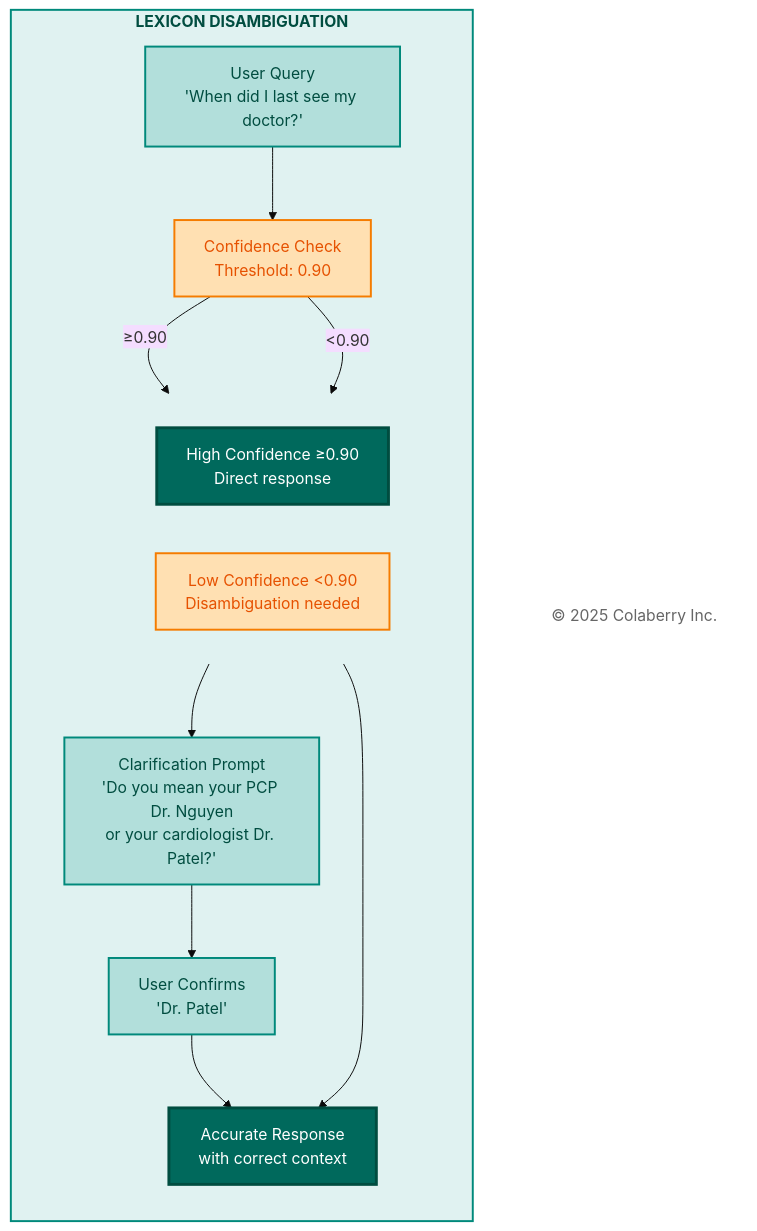
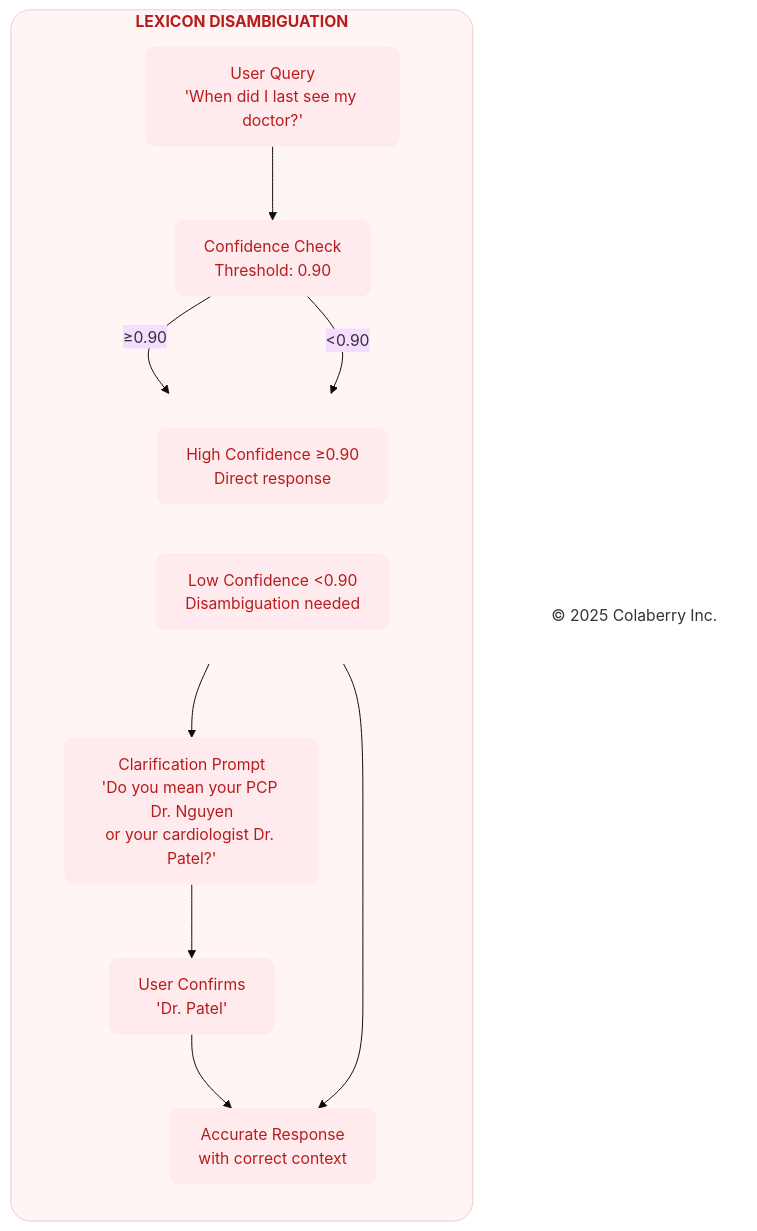
One commit to saitejesh-cyber/trust-before-intelligence-book changed the fifth of 11 diagrams in manuscript/09_chapter_8_architecture_of_trust_in_action.md. Above: the diagram before and after it, drawn with Mermaid (base theme). The commit also changed other lines of this file and 7 other files, not shown here.

Commit message:
Chapter 6to13: Updated mermaid diagrams based on new colaberry color code

````diff
--- a/manuscript/09_chapter_8_architecture_of_trust_in_action.md
+++ b/manuscript/09_chapter_8_architecture_of_trust_in_action.md
@@ -334,42 +334,42 @@
 ```mermaid
 
 graph TB
   subgraph DISAMBIGUATION["<b>LEXICON DISAMBIGUATION</b>"]
     direction TB
     Q["User Query<br/>'When did I last see my doctor?'"]
     
     CONF["Confidence Check<br/>Threshold: 0.90"]
     
     subgraph PATHS[" "]
       direction LR
       HIGH["High Confidence ≥0.90<br/>Direct response"]
       LOW["Low Confidence <0.90<br/>Disambiguation needed"]
     end
     
     PROMPT["Clarification Prompt<br/>'Do you mean your PCP Dr. Nguyen<br/>or your cardiologist Dr. Patel?'"]
     
     RESP["User Confirms<br/>'Dr. Patel'"]
     
     RESULT["Accurate Response<br/>with correct context"]
   end
   
   Copyright["© 2025 Colaberry Inc."]
   
   Q --> CONF
   CONF -->|"≥0.90"| HIGH
   CONF -->|"<0.90"| LOW
   HIGH --> RESULT
   LOW --> PROMPT --> RESP --> RESULT
   
-  style DISAMBIGUATION fill:#e0f2f1,stroke:#00897b,stroke-width:2px,color:#004d40
-  style Q fill:#b2dfdb,stroke:#00897b,stroke-width:2px,color:#004d40
-  style CONF fill:#ffe0b2,stroke:#f57c00,stroke-width:2px,color:#e65100
+  style DISAMBIGUATION fill:#fff5f5,stroke:#f2caca,stroke-width:1px,color:#b71c1c,rx:20,ry:20
+  style Q fill:#ffebee,stroke:none,color:#b71c1c,rx:10,ry:10
+  style CONF fill:#ffebee,stroke:none,color:#b71c1c,rx:10,ry:10
   style PATHS fill:none,stroke:none
-  style HIGH fill:#00695c,color:#ffffff,stroke:#004d40,stroke-width:3px
-  style LOW fill:#ffe0b2,stroke:#f57c00,stroke-width:2px,color:#e65100
-  style PROMPT fill:#b2dfdb,stroke:#00897b,stroke-width:2px,color:#004d40
-  style RESP fill:#b2dfdb,stroke:#00897b,stroke-width:2px,color:#004d40
-  style RESULT fill:#00695c,color:#ffffff,stroke:#004d40,stroke-width:3px
-  style Copyright fill:#ffffff,stroke:none,color:#666666
+  style HIGH fill:#ffebee,stroke:none,color:#b71c1c,rx:10,ry:10
+  style LOW fill:#ffebee,stroke:none,color:#b71c1c,rx:10,ry:10
+  style PROMPT fill:#ffebee,stroke:none,color:#b71c1c,rx:10,ry:10
+  style RESP fill:#ffebee,stroke:none,color:#b71c1c,rx:10,ry:10
+  style RESULT fill:#ffebee,stroke:none,color:#b71c1c,rx:10,ry:10
+  style Copyright fill:none,stroke:none,color:#333333
 
 ```
````
